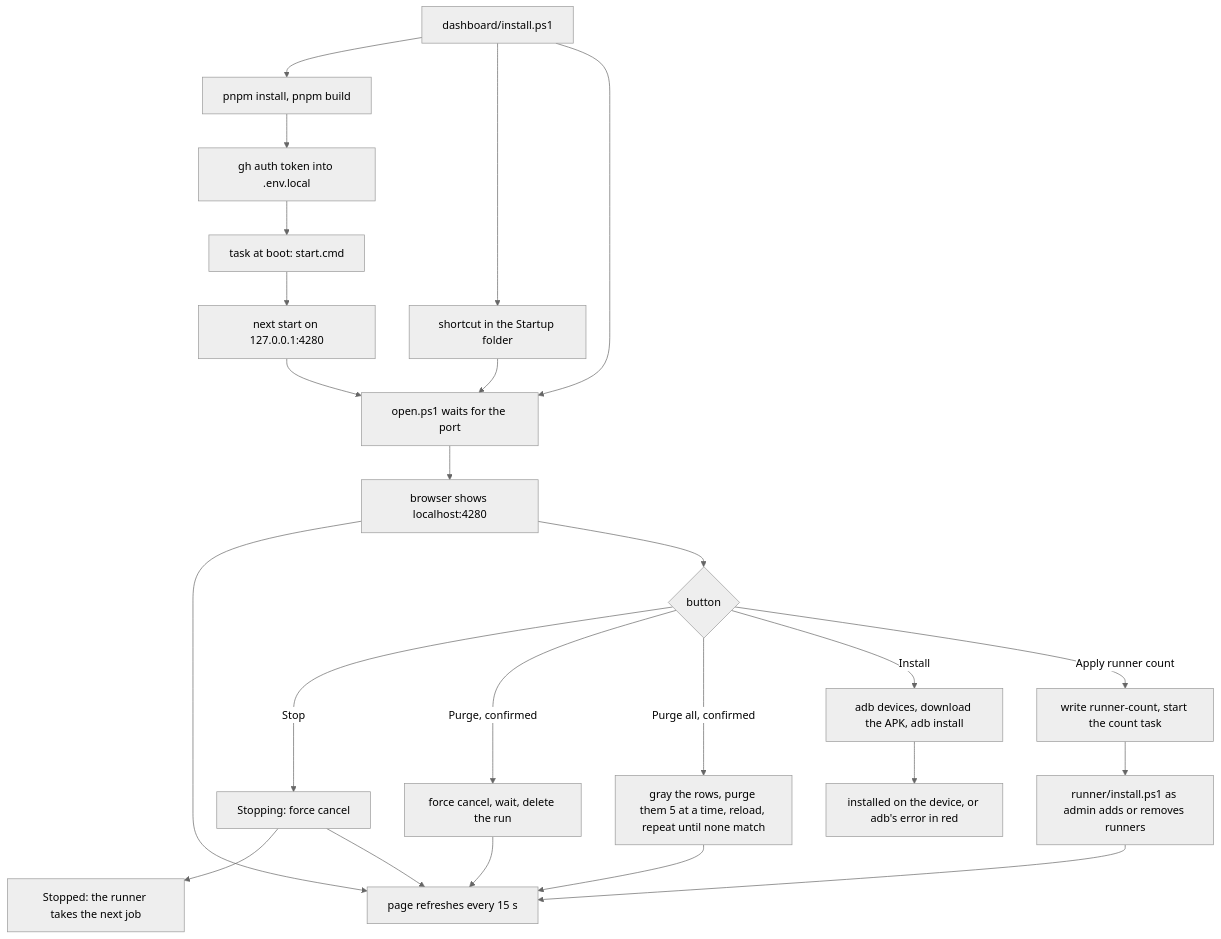
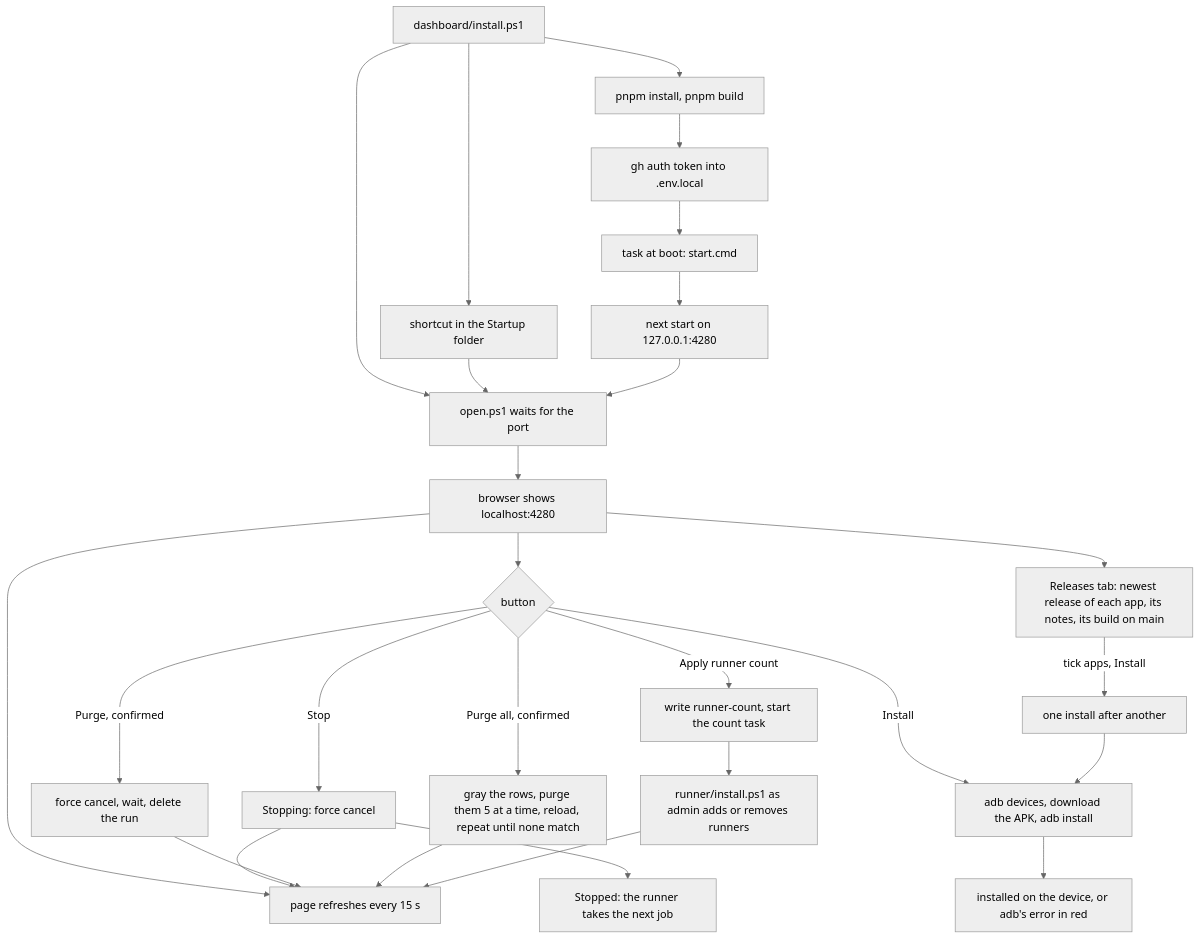
Before and after one commit to workbench-soft/local-ci: the sixth of 6 diagrams in docs/user-flows.md, drawn with Mermaid (neutral theme). The commit also changed other lines of this file and 14 other files, not shown here.

First line of the commit message:
Add a Releases tab that installs the ticked APKs over adb (#74)

````diff
--- a/docs/user-flows.md
+++ b/docs/user-flows.md
@@ -139,21 +142,23 @@
 ```mermaid
 flowchart TD
   A[dashboard/install.ps1] --> B[pnpm install, pnpm build]
   B --> C[gh auth token into .env.local]
   C --> D[task at boot: start.cmd]
   D --> E[next start on 127.0.0.1:4280]
   A --> S[shortcut in the Startup folder]
   A & S --> O[open.ps1 waits for the port]
   E --> O
   O --> F[browser shows localhost:4280]
   F --> G[page refreshes every 15 s]
   F --> H{button}
   H -- Stop --> I[Stopping: force cancel] --> I2[Stopped: the runner takes the next job]
   H -- Purge, confirmed --> J[force cancel, wait, delete the run]
   H -- Purge all, confirmed --> P[gray the rows, purge them 5 at a time, reload, repeat until none match]
   H -- Install --> K[adb devices, download the APK, adb install]
   K --> L[installed on the device, or adb's error in red]
+  F --> RT[Releases tab: newest release of each app, its notes, its build on main]
+  RT -- tick apps, Install --> K2[one install after another] --> K
   H -- Apply runner count --> R[write runner-count, start the count task]
   R --> T[runner/install.ps1 as admin adds or removes runners]
   I & J & P & T --> G
 ```
````
